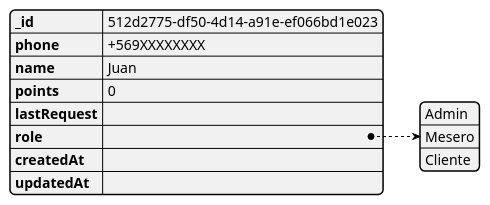
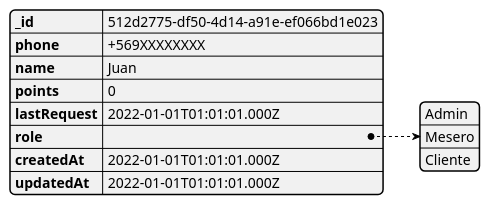
Before and after one commit to icc-dev/vc-project-architecture: the diagram in plantuml/jsons/user.puml, drawn with PlantUML. The commit also changed 8 other files, not shown here.

```diff
--- a/plantuml/jsons/user.puml
+++ b/plantuml/jsons/user.puml
@@ -1,12 +1,12 @@
 @startjson
 {
-"_id":"512d2775-df50-4d14-a91e-ef066bd1e023",
-"phone": "+569XXXXXXXX",
-"name": "Juan",
-"points": 0,
-"lastRequest": "",
-"role": ["Admin", "Mesero", "Cliente"],
-"createdAt": "",
-"updatedAt": ""
+    "_id":"512d2775-df50-4d14-a91e-ef066bd1e023",
+    "phone": "+569XXXXXXXX",
+    "name": "Juan",
+    "points": 0,
+    "lastRequest": "2022-01-01T01:01:01.000Z",
+    "role": ["Admin", "Mesero", "Cliente"],
+    "createdAt": "2022-01-01T01:01:01.000Z",
+    "updatedAt": "2022-01-01T01:01:01.000Z"
 }
 @endjson
```
